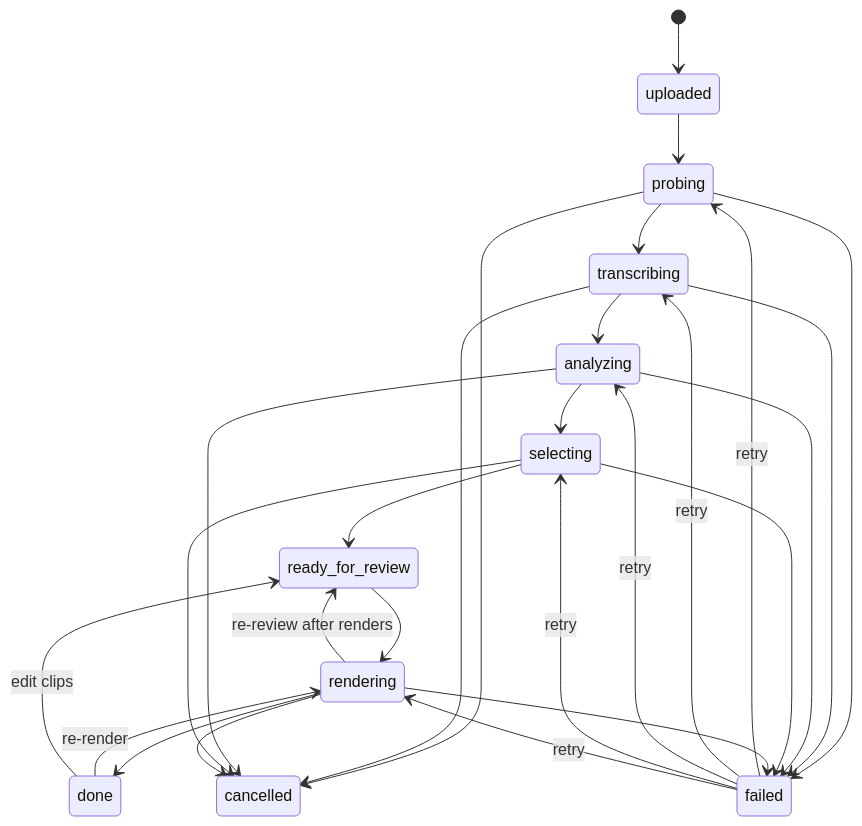
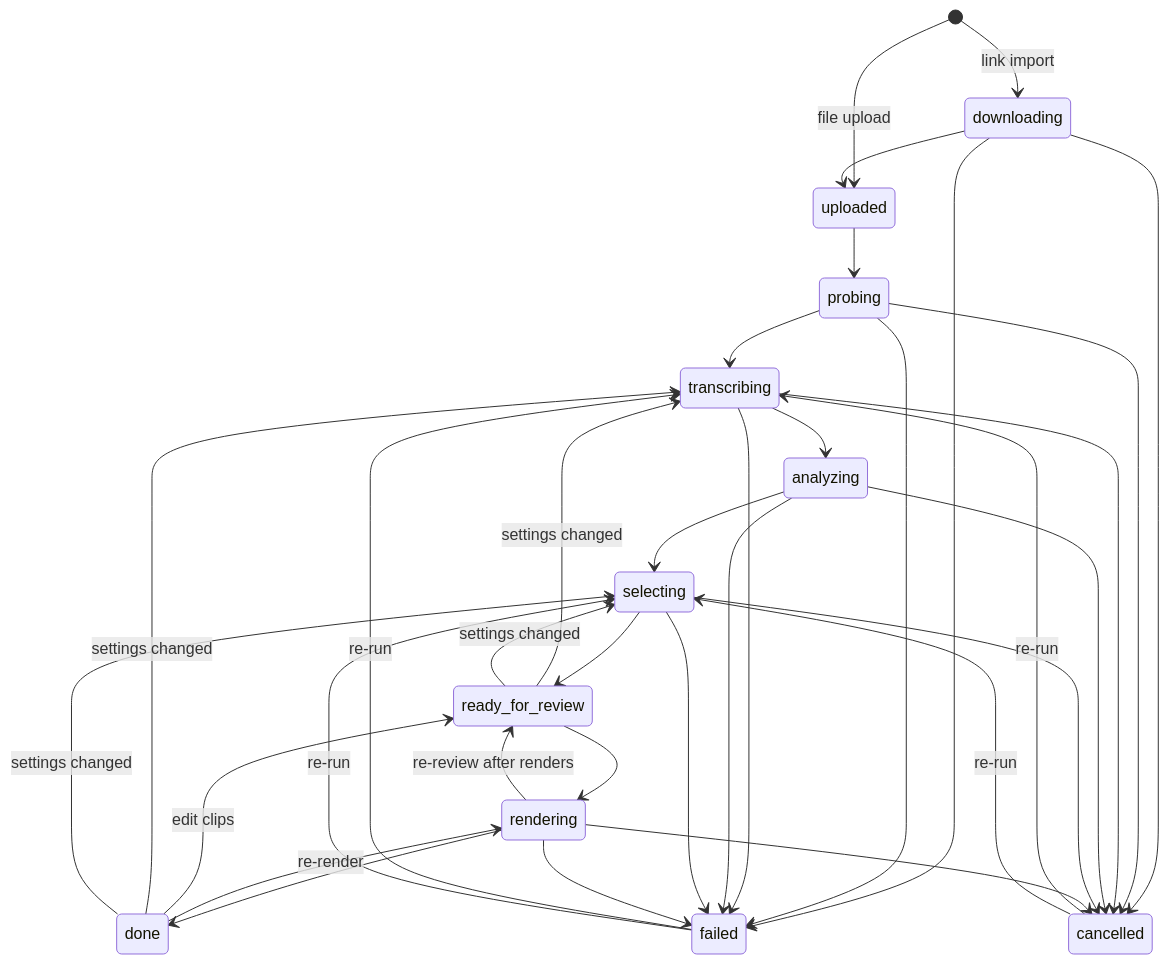
The diagram in docs/BUSINESS_LOGIC.md (gabrielccarvalho/nimbus), drawn with Mermaid before and after one commit. The commit also changed other lines of this file and 11 other files, not shown here.

````diff
--- a/docs/BUSINESS_LOGIC.md
+++ b/docs/BUSINESS_LOGIC.md
@@ -20,29 +42,36 @@
 ```mermaid
 stateDiagram-v2
-  [*] --> uploaded
+  [*] --> downloading: link import
+  [*] --> uploaded: file upload
+  downloading --> uploaded
   uploaded --> probing
   probing --> transcribing
   transcribing --> analyzing
   analyzing --> selecting
   selecting --> ready_for_review
   ready_for_review --> rendering
   rendering --> done
   rendering --> ready_for_review: re-review after renders
   done --> rendering: re-render
   done --> ready_for_review: edit clips
+  downloading --> failed
   probing --> failed
   transcribing --> failed
   analyzing --> failed
   selecting --> failed
   rendering --> failed
+  downloading --> cancelled
   probing --> cancelled
   transcribing --> cancelled
   analyzing --> cancelled
   selecting --> cancelled
   rendering --> cancelled
-  failed --> probing: retry
-  failed --> transcribing: retry
-  failed --> analyzing: retry
-  failed --> selecting: retry
-  failed --> rendering: retry
+  failed --> transcribing: re-run
+  failed --> selecting: re-run
+  cancelled --> transcribing: re-run
+  cancelled --> selecting: re-run
+  ready_for_review --> transcribing: settings changed
+  ready_for_review --> selecting: settings changed
+  done --> transcribing: settings changed
+  done --> selecting: settings changed
 ```
````
